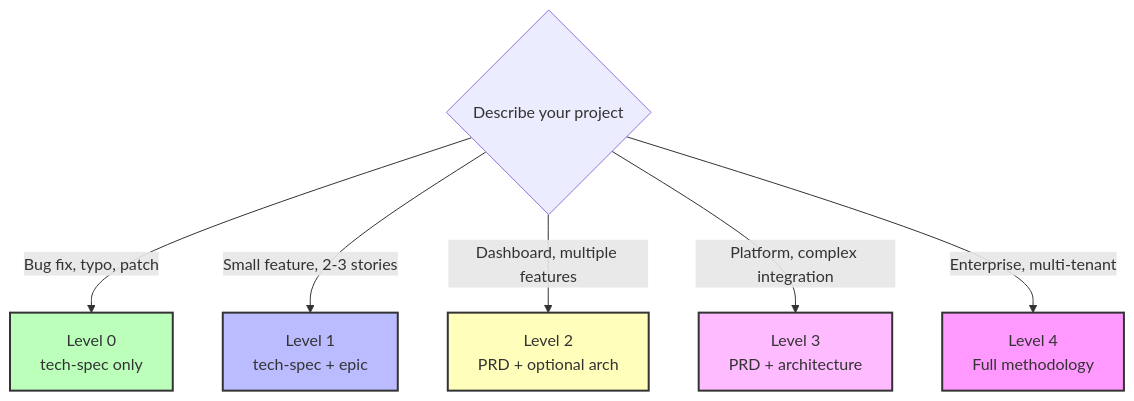
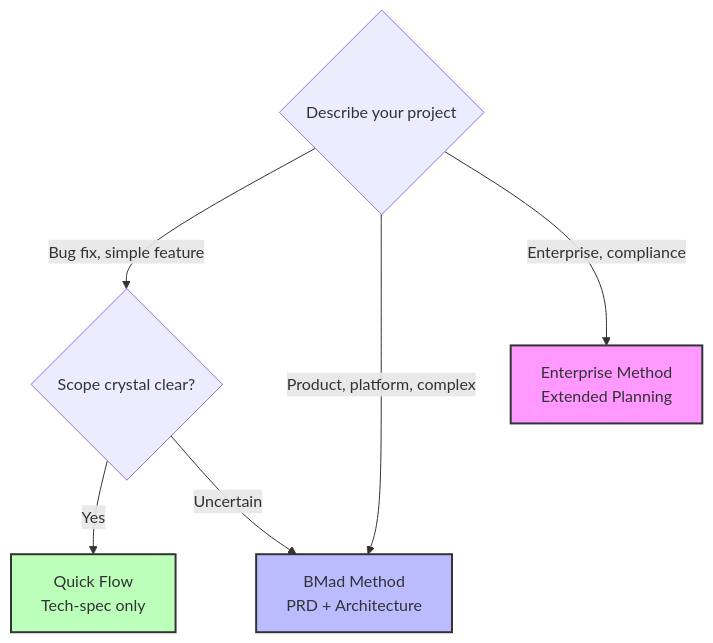
One commit to acita-gmbh/eaf changed the first of 2 diagrams in bmad/bmm/docs/scale-adaptive-system.md. Above: the diagram before and after it, drawn with Mermaid. The commit also changed other lines of this file and 145 other files, not shown here.

````diff
--- a/bmad/bmm/docs/scale-adaptive-system.md
+++ b/bmad/bmm/docs/scale-adaptive-system.md
@@ -45,16 +43,15 @@
 ```mermaid
 flowchart TD
     START{Describe your project}
 
-    START -->|Bug fix, typo, patch| L0[Level 0<br/>tech-spec only]
-    START -->|Small feature, 2-3 stories| L1[Level 1<br/>tech-spec + epic]
-    START -->|Dashboard, multiple features| L2[Level 2<br/>PRD + optional arch]
-    START -->|Platform, complex integration| L3[Level 3<br/>PRD + architecture]
-    START -->|Enterprise, multi-tenant| L4[Level 4<br/>Full methodology]
+    START -->|Bug fix, simple feature| Q1{Scope crystal clear?}
+    START -->|Product, platform, complex| M[BMad Method<br/>PRD + Architecture]
+    START -->|Enterprise, compliance| E[Enterprise Method<br/>Extended Planning]
 
-    style L0 fill:#bfb,stroke:#333,stroke-width:2px
-    style L1 fill:#bbf,stroke:#333,stroke-width:2px
-    style L2 fill:#ffb,stroke:#333,stroke-width:2px
-    style L3 fill:#fbf,stroke:#333,stroke-width:2px
-    style L4 fill:#f9f,stroke:#333,stroke-width:2px
+    Q1 -->|Yes| QF[Quick Flow<br/>Tech-spec only]
+    Q1 -->|Uncertain| M
+
+    style QF fill:#bfb,stroke:#333,stroke-width:2px
+    style M fill:#bbf,stroke:#333,stroke-width:2px
+    style E fill:#f9f,stroke:#333,stroke-width:2px
 ```
````
